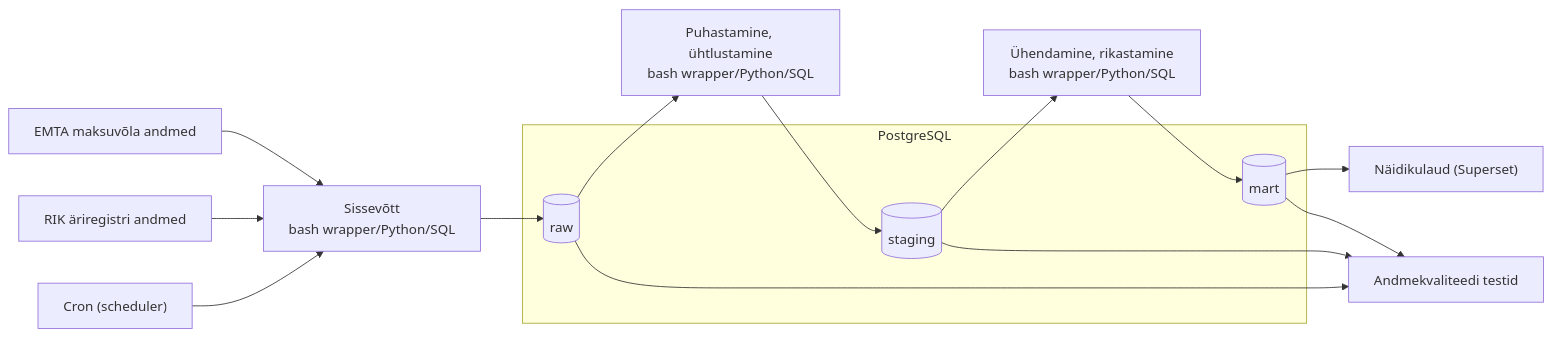
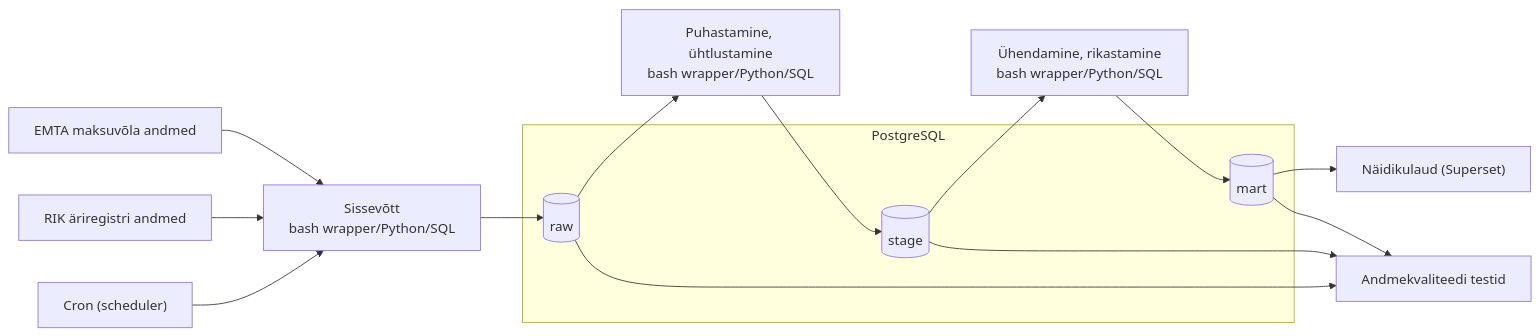
The diagram in docs/arhitektuur.md (KulliPeed/Projektitoo_MREV), drawn with Mermaid before and after one commit. The commit also changed other lines of this file, not shown here.

````diff
--- a/docs/arhitektuur.md
+++ b/docs/arhitektuur.md
@@ -27,32 +27,32 @@
 ```mermaid
 flowchart LR
     %% Andmeallikad
     source1[EMTA maksuvõla andmed] --> ingest["Sissevõtt<br/>bash wrapper/Python/SQL"]
     source2[RIK äriregistri andmed] --> ingest
 
     %% Scheduler / orkestreerimine
     cron["Cron (scheduler)"] --> ingest
 
     %% Andmebaas (PostgreSQL)
     subgraph db[PostgreSQL]
         raw[(raw)]
-        staging[(staging)]
+        stage[(stage)]
         mart[(mart)]
     end
 
     %% Andmetöötlus
     ingest --> raw
     raw --> transform1["Puhastamine, ühtlustamine<br/>bash wrapper/Python/SQL"]
 
-    transform1 --> staging
-    staging --> transform2["Ühendamine, rikastamine<br/>bash wrapper/Python/SQL"]
+    transform1 --> stage
+    stage --> transform2["Ühendamine, rikastamine<br/>bash wrapper/Python/SQL"]
 
     transform2 --> mart
 
     %% Tarbimine
     mart --> dashboard["Näidikulaud (Superset)"]
     raw -->  source3[Andmekvaliteedi testid]
-    staging --> source3[Andmekvaliteedi testid]
+    stage --> source3[Andmekvaliteedi testid]
     mart --> source3[Andmekvaliteedi testid]
   
 ```
````
